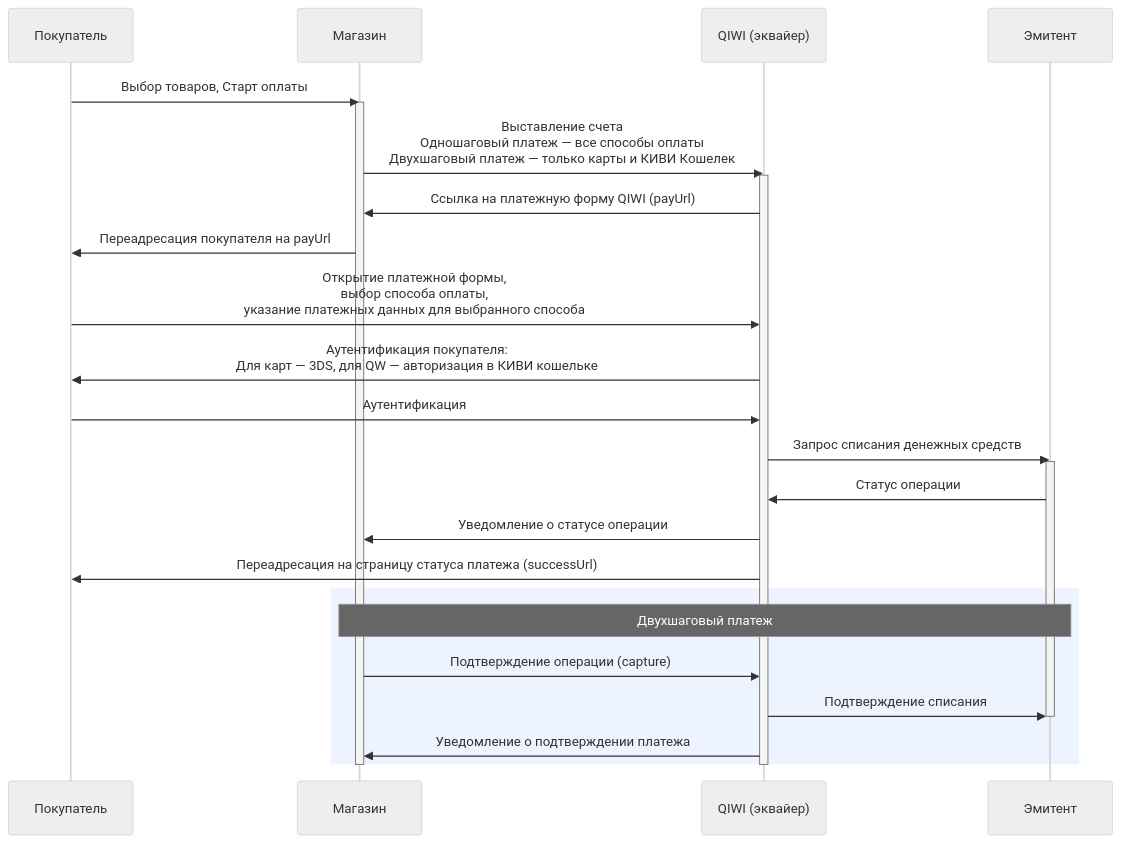
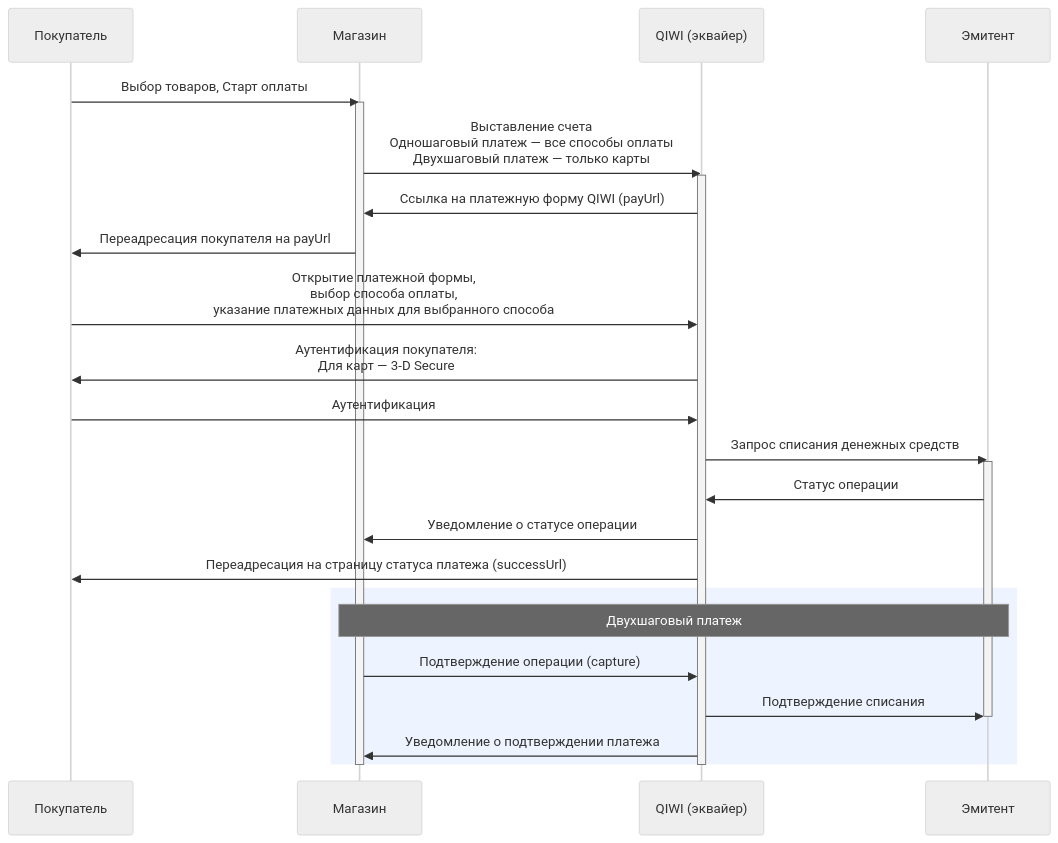
Before and after one commit to QIWI-API/payments-docs: the diagram in _qiwi-form_ru.html.md, drawn with Mermaid (neutral theme). The commit also changed other lines of this file and 16 other files, not shown here.

```diff
--- a/_qiwi-form_ru.html.md
+++ b/_qiwi-form_ru.html.md
@@ -15,30 +13,30 @@
 <div class="mermaid">
 sequenceDiagram
 participant customer as Покупатель
 participant store as Магазин
 participant qb as QIWI (эквайер)
 participant ips as Эмитент
 customer->>store:Выбор товаров, Старт оплаты
 activate store
-store->>qb:Выставление счета<br/>Одношаговый платеж — все способы оплаты<br/>Двухшаговый платеж — только карты и КИВИ Кошелек
+store->>qb:Выставление счета<br/>Одношаговый платеж — все способы оплаты<br/>Двухшаговый платеж — только карты
 activate qb
 qb->>store:Ссылка на платежную форму QIWI (payUrl)
 store->>customer:Переадресация покупателя на payUrl
 customer->>qb:Открытие платежной формы,<br/>выбор способа оплаты,<br/>указание платежных данных для выбранного способа
-qb->>customer:Аутентификация покупателя:<br/>Для карт — 3DS, для QW — авторизация в КИВИ кошельке
+qb->>customer:Аутентификация покупателя:<br/>Для карт — 3-D Secure
 customer->>qb:Аутентификация
 qb->>ips:Запрос списания денежных средств
 activate ips
 ips->>qb:Статус операции
 qb->>store:Уведомление о статусе операции
 qb->>customer: Переадресация на страницу статуса платежа (successUrl)
 rect rgb(237, 243, 255)
 Note over store, ips:Двухшаговый платеж
 store->>qb:Подтверждение операции (capture)
 qb->>ips:Подтверждение списания
 deactivate ips
 qb->>store:Уведомление о подтверждении платежа
 end
 deactivate qb
 deactivate store
 </div>
```
